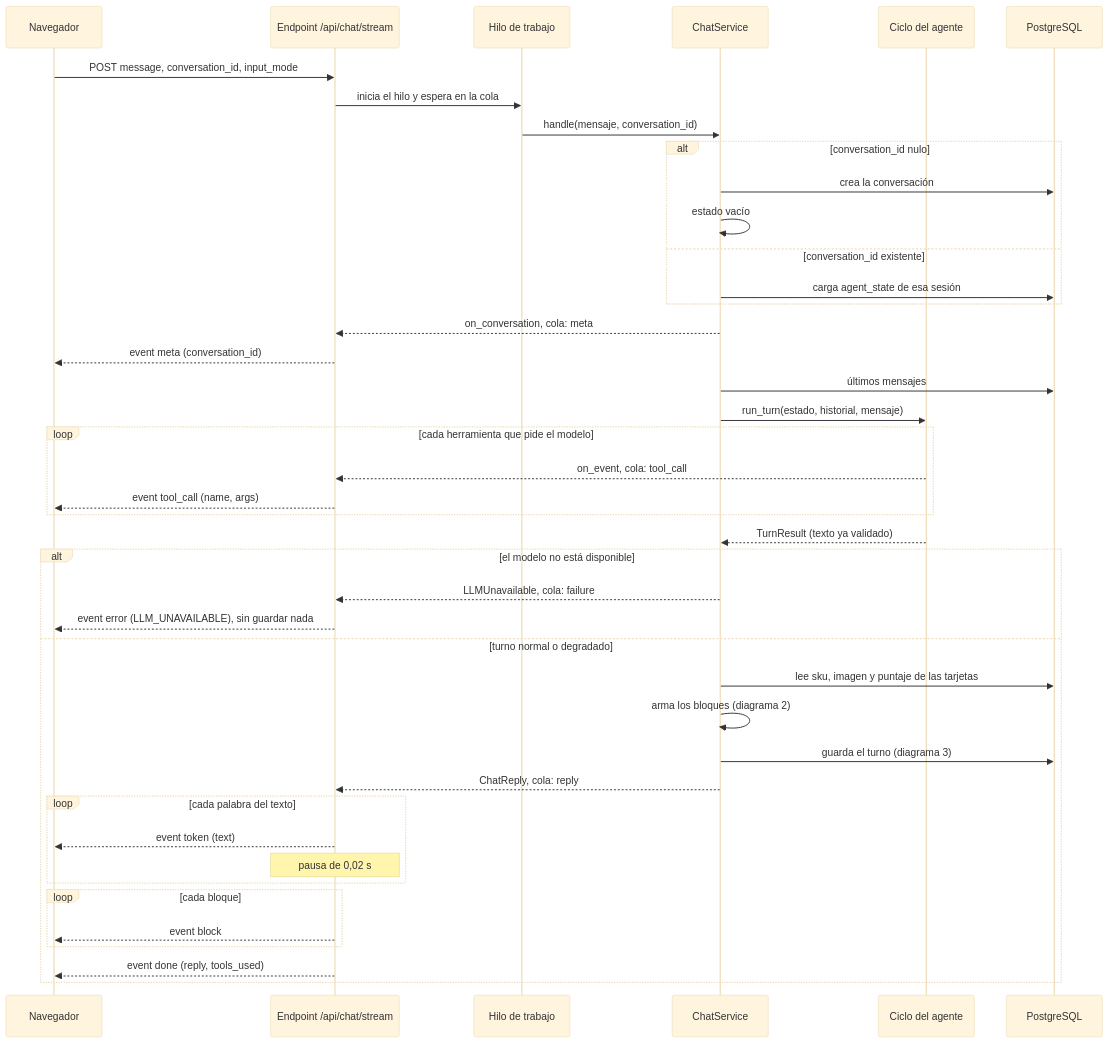
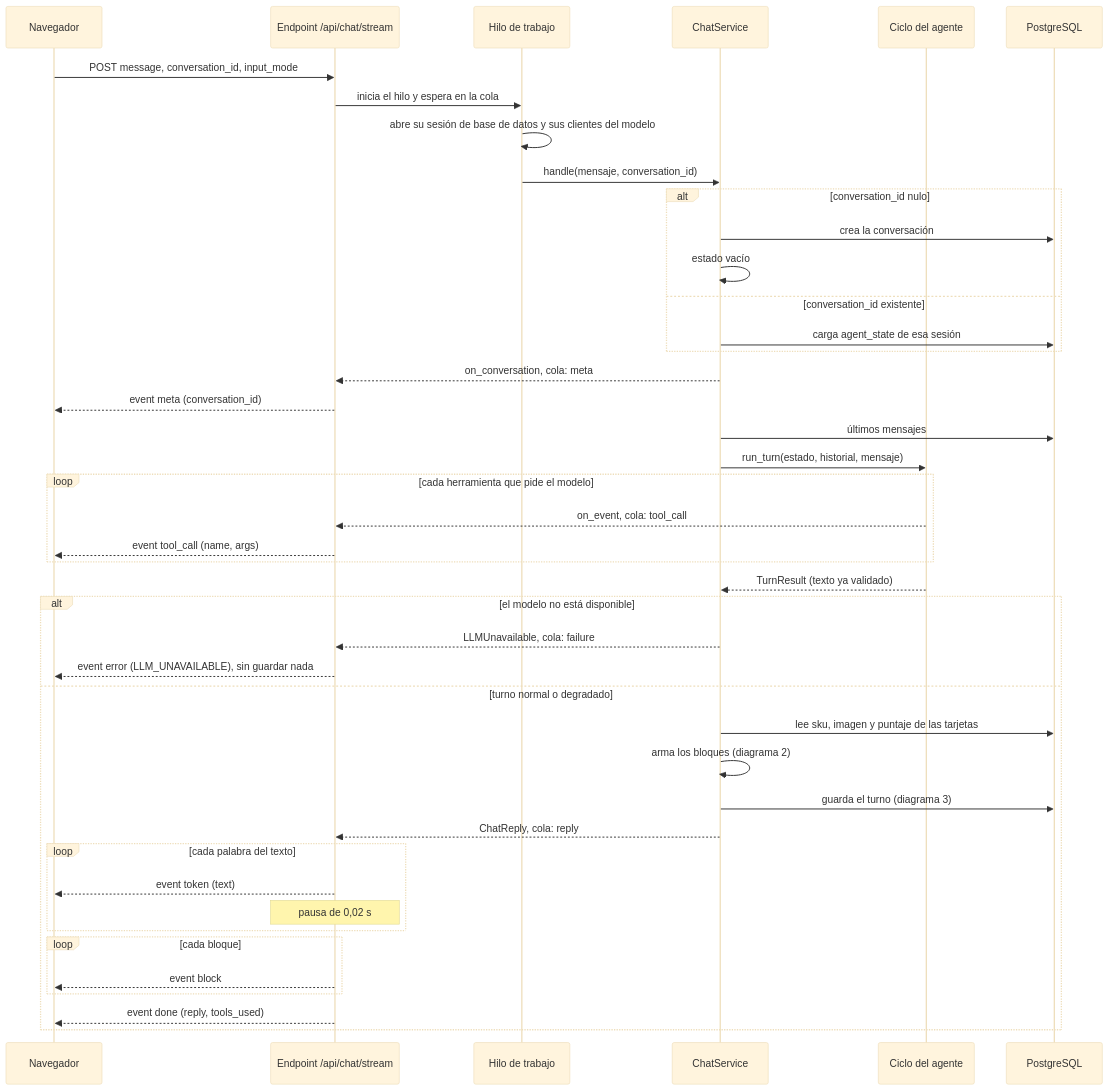
The first of 3 diagrams in docs/diagrams/chat-flow.md (Saikus08/mercanova-ai-assistant), drawn with Mermaid (base theme) before and after one commit. The commit also changed other lines of this file and 1 other file, not shown here.

````diff
--- a/docs/diagrams/chat-flow.md
+++ b/docs/diagrams/chat-flow.md
@@ -9,45 +9,46 @@
 ```mermaid
 sequenceDiagram
     participant U as Navegador
     participant A as Endpoint /api/chat/stream
     participant W as Hilo de trabajo
     participant S as ChatService
     participant L as Ciclo del agente
     participant DB as PostgreSQL
 
     U->>A: POST message, conversation_id, input_mode
     A->>W: inicia el hilo y espera en la cola
+    W->>W: abre su sesión de base de datos y sus clientes del modelo
     W->>S: handle(mensaje, conversation_id)
     alt conversation_id nulo
         S->>DB: crea la conversación
         S->>S: estado vacío
     else conversation_id existente
         S->>DB: carga agent_state de esa sesión
     end
     S-->>A: on_conversation, cola: meta
     A-->>U: event meta (conversation_id)
     S->>DB: últimos mensajes
     S->>L: run_turn(estado, historial, mensaje)
     loop cada herramienta que pide el modelo
         L-->>A: on_event, cola: tool_call
         A-->>U: event tool_call (name, args)
     end
     L-->>S: TurnResult (texto ya validado)
     alt el modelo no está disponible
         S-->>A: LLMUnavailable, cola: failure
         A-->>U: event error (LLM_UNAVAILABLE), sin guardar nada
     else turno normal o degradado
         S->>DB: lee sku, imagen y puntaje de las tarjetas
         S->>S: arma los bloques (diagrama 2)
         S->>DB: guarda el turno (diagrama 3)
         S-->>A: ChatReply, cola: reply
         loop cada palabra del texto
             A-->>U: event token (text)
             Note over A: pausa de 0,02 s
         end
         loop cada bloque
             A-->>U: event block
         end
         A-->>U: event done (reply, tools_used)
     end
 ```
````
